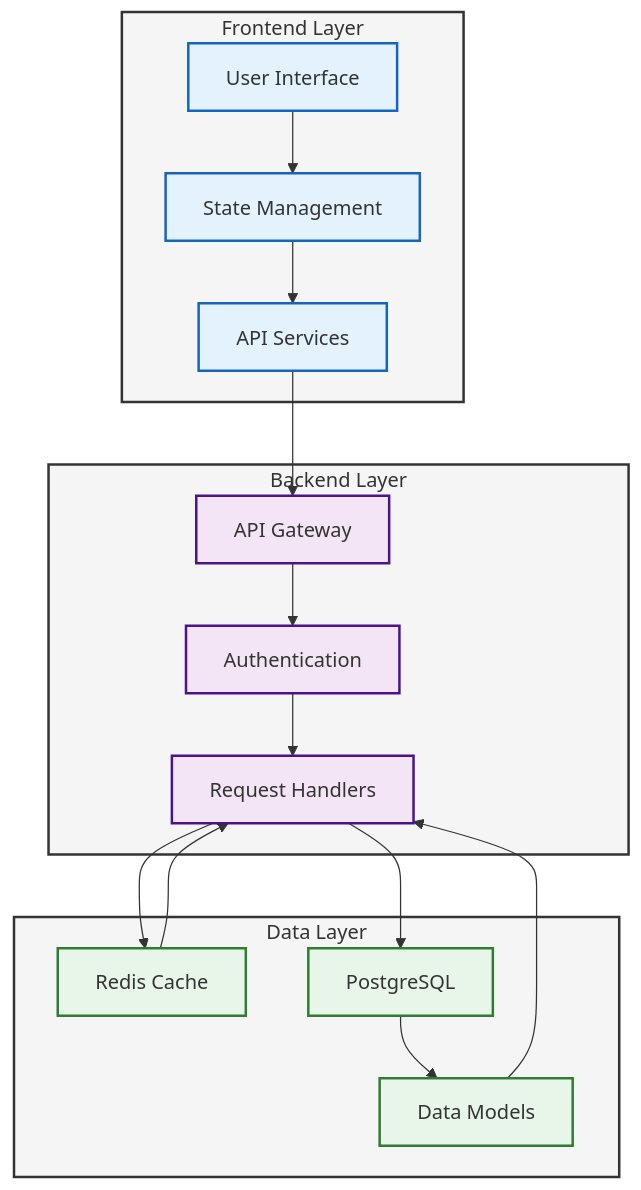
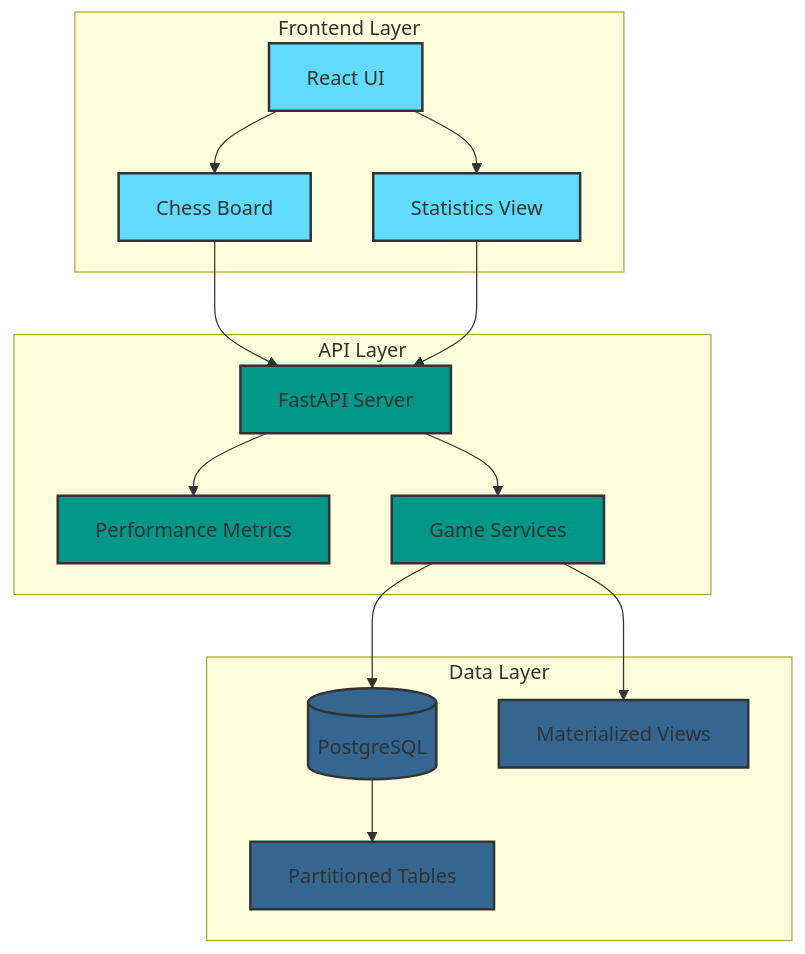
Before and after one commit to nessaee/chess-database: the diagram in docs/index.md, drawn with Mermaid. The commit also changed other lines of this file and 3 other files, not shown here.

```diff
--- a/docs/index.md
+++ b/docs/index.md
@@ -39,49 +32,45 @@
-<pre class="mermaid">
+<div class="mermaid">
 graph TB
-    %% System Overview
+    %% Frontend Layer
     subgraph Frontend["Frontend Layer"]
-        UI["User Interface"]
-        STATE["State Management"]
-        SERVICES["API Services"]
+        UI[React UI]
+        BOARD[Chess Board]
+        STATS[Statistics View]
     end
     
-    subgraph Backend["Backend Layer"]
-        API["API Gateway"]
-        AUTH["Authentication"]
-        HANDLERS["Request Handlers"]
+    %% API Layer
+    subgraph API["API Layer"]
+        FASTAPI[FastAPI Server]
+        METRICS[Performance Metrics]
+        SERVICES[Game Services]
     end
     
+    %% Data Layer
     subgraph Data["Data Layer"]
-        CACHE["Redis Cache"]
-        DB["PostgreSQL"]
-        MODELS["Data Models"]
+        PG[(PostgreSQL)]
+        VIEWS[Materialized Views]
+        PARTITIONS[Partitioned Tables]
     end
     
     %% Relationships
-    UI --> STATE
-    STATE --> SERVICES
-    SERVICES --> API
+    UI --> BOARD
+    UI --> STATS
+    BOARD --> FASTAPI
+    STATS --> FASTAPI
     
-    API --> AUTH
-    AUTH --> HANDLERS
-    HANDLERS --> CACHE
-    HANDLERS --> DB
+    FASTAPI --> METRICS
+    FASTAPI --> SERVICES
     
-    DB --> MODELS
-    MODELS --> HANDLERS
-    CACHE --> HANDLERS
+    SERVICES --> PG
+    SERVICES --> VIEWS
+    PG --> PARTITIONS
     
     %% Styling
-    classDef frontend fill:#e3f2fd,stroke:#1565c0,stroke-width:2px;
-    classDef backend fill:#f3e5f5,stroke:#4a148c,stroke-width:2px;
-    classDef data fill:#e8f5e9,stroke:#2e7d32,stroke-width:2px;
+    classDef frontend fill:#61DAFB,stroke:#333,stroke-width:2px;
+    classDef api fill:#009688,stroke:#333,stroke-width:2px;
+    classDef data fill:#336791,stroke:#333,stroke-width:2px;
     
-    class UI,STATE,SERVICES frontend;
-    class API,AUTH,HANDLERS backend;
-    class CACHE,DB,MODELS data;
-    
-    %% Group Styling
-    style Frontend fill:#f5f5f5,stroke:#333,stroke-width:2px;
-    style Backend fill:#f5f5f5,stroke:#333,stroke-width:2px;
-    style Data fill:#f5f5f5,stroke:#333,stroke-width:2px;
-</pre>
+    class UI,BOARD,STATS frontend;
+    class FASTAPI,METRICS,SERVICES api;
+    class PG,VIEWS,PARTITIONS data;
+</div>
```
